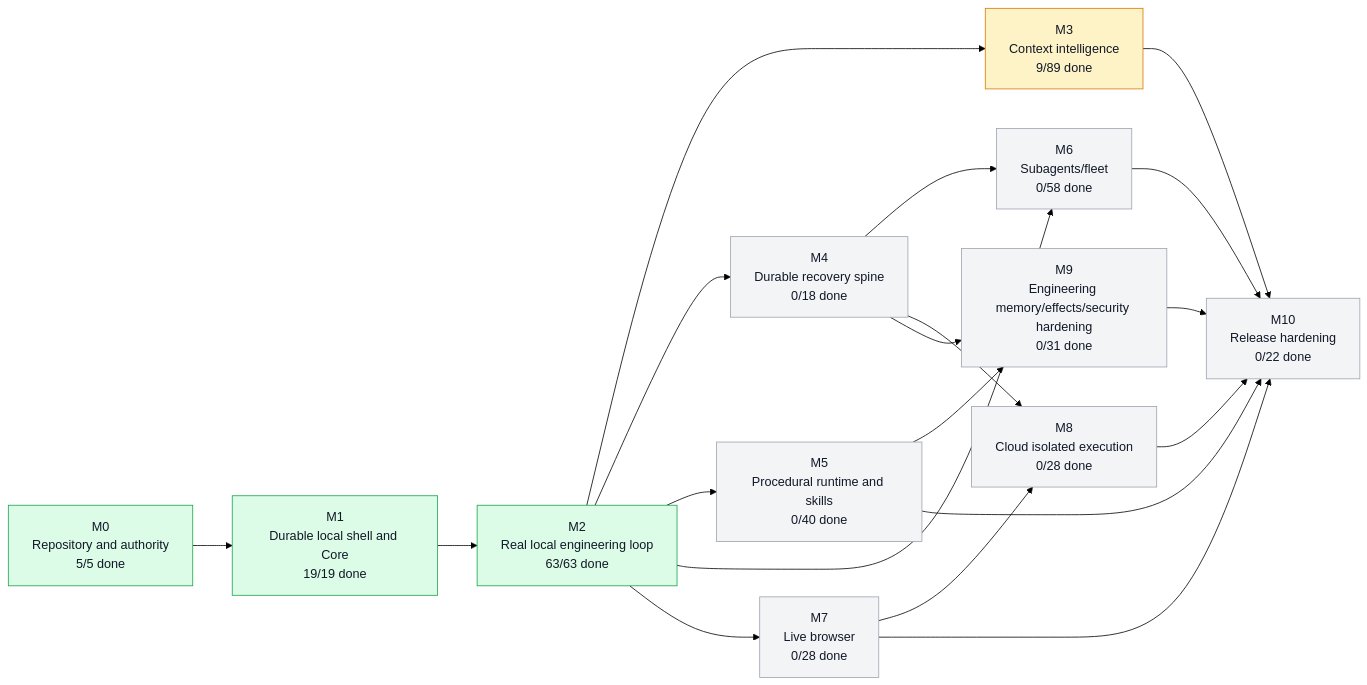
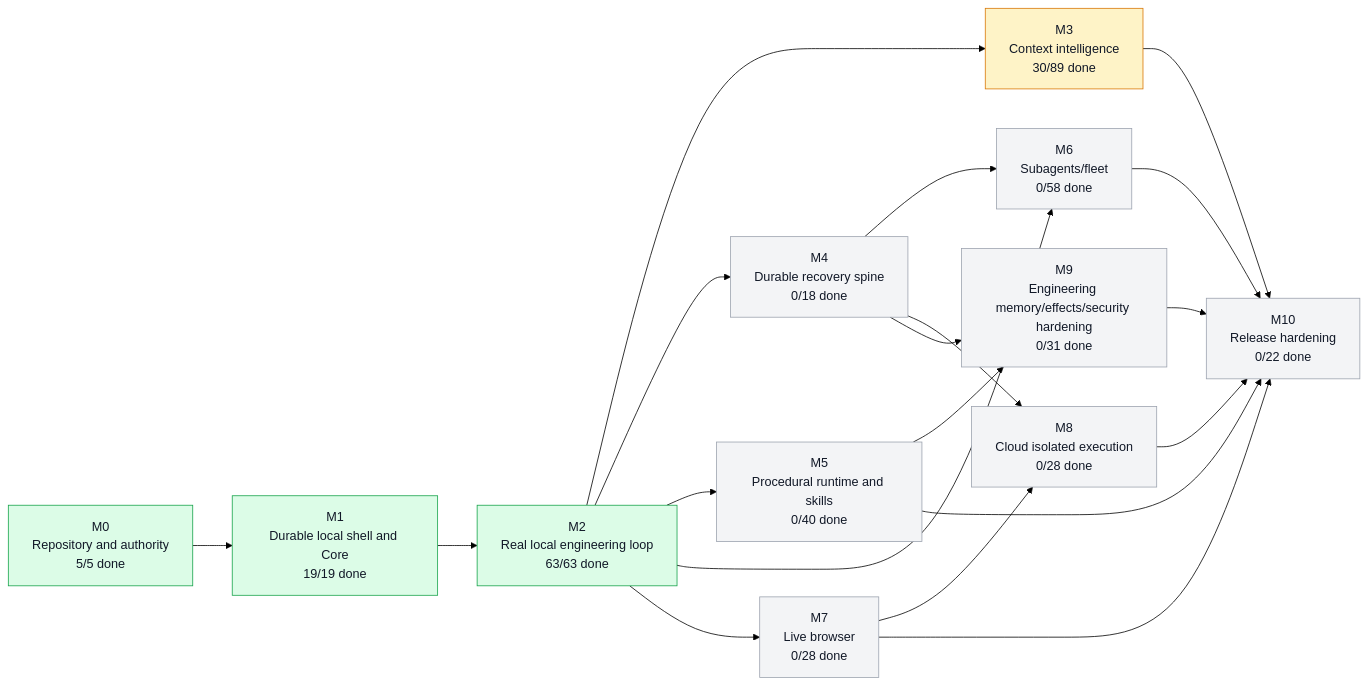
The first of 5 diagrams in graph/PROJECT_GRAPH.md (moss101/modbit), drawn with Mermaid (forest theme) before and after one commit. The commit also changed other lines of this file and 87 other files, not shown here.

````diff
--- a/graph/PROJECT_GRAPH.md
+++ b/graph/PROJECT_GRAPH.md
@@ -57,43 +57,43 @@
 ```mermaid
 flowchart LR
   M0["M0<br/>Repository and authority<br/>5/5 done"]
   M1["M1<br/>Durable local shell and Core<br/>19/19 done"]
   M2["M2<br/>Real local engineering loop<br/>63/63 done"]
-  M3["M3<br/>Context intelligence<br/>9/89 done"]
+  M3["M3<br/>Context intelligence<br/>30/89 done"]
   M4["M4<br/>Durable recovery spine<br/>0/18 done"]
   M5["M5<br/>Procedural runtime and skills<br/>0/40 done"]
   M6["M6<br/>Subagents/fleet<br/>0/58 done"]
   M7["M7<br/>Live browser<br/>0/28 done"]
   M8["M8<br/>Cloud isolated execution<br/>0/28 done"]
   M9["M9<br/>Engineering memory/effects/security hardening<br/>0/31 done"]
   M10["M10<br/>Release hardening<br/>0/22 done"]
   M0 --> M1
   M1 --> M2
   M2 --> M3
   M2 --> M4
   M2 --> M5
   M2 --> M6
   M4 --> M6
   M2 --> M7
   M4 --> M8
   M7 --> M8
   M4 --> M9
   M5 --> M9
   M3 --> M10
   M5 --> M10
   M6 --> M10
   M7 --> M10
   M8 --> M10
   M9 --> M10
   style M0 fill:#dcfce7,stroke:#16a34a,color:#111827
   style M1 fill:#dcfce7,stroke:#16a34a,color:#111827
   style M2 fill:#dcfce7,stroke:#16a34a,color:#111827
   style M3 fill:#fef3c7,stroke:#d97706,color:#111827
   style M4 fill:#f3f4f6,stroke:#9ca3af,color:#111827
   style M5 fill:#f3f4f6,stroke:#9ca3af,color:#111827
   style M6 fill:#f3f4f6,stroke:#9ca3af,color:#111827
   style M7 fill:#f3f4f6,stroke:#9ca3af,color:#111827
   style M8 fill:#f3f4f6,stroke:#9ca3af,color:#111827
   style M9 fill:#f3f4f6,stroke:#9ca3af,color:#111827
   style M10 fill:#f3f4f6,stroke:#9ca3af,color:#111827
 ```
````
